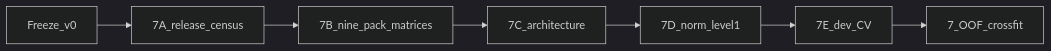
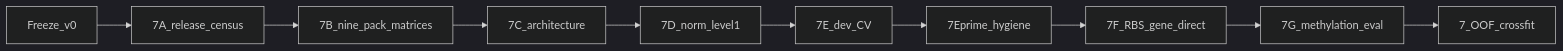
The second of 2 diagrams in docs/plans/post-v0-scientific-programme.md (mityasmirnov/methyl-burden-score), drawn with Mermaid (dark theme) before and after one commit. The commit also changed other lines of this file and 2 other files, not shown here.

First line of the commit message:
docs(7f): insert 7F/7G after 7E — RBS→gene + direct leftover, methylation-only eval

````diff
--- a/docs/plans/post-v0-scientific-programme.md
+++ b/docs/plans/post-v0-scientific-programme.md
@@ -226,9 +241,12 @@
 ```mermaid
 flowchart LR
   freeze[Freeze_v0] --> sevenA[7A_release_census]
   sevenA --> sevenB[7B_nine_pack_matrices]
   sevenB --> sevenC[7C_architecture]
   sevenC --> sevenD[7D_norm_level1]
   sevenD --> sevenE[7E_dev_CV]
-  sevenE --> seven[7_OOF_crossfit]
+  sevenE --> sevenEp[7Eprime_hygiene]
+  sevenEp --> sevenF[7F_RBS_gene_direct]
+  sevenF --> sevenG[7G_methylation_eval]
+  sevenG --> seven[7_OOF_crossfit]
 ```
````
